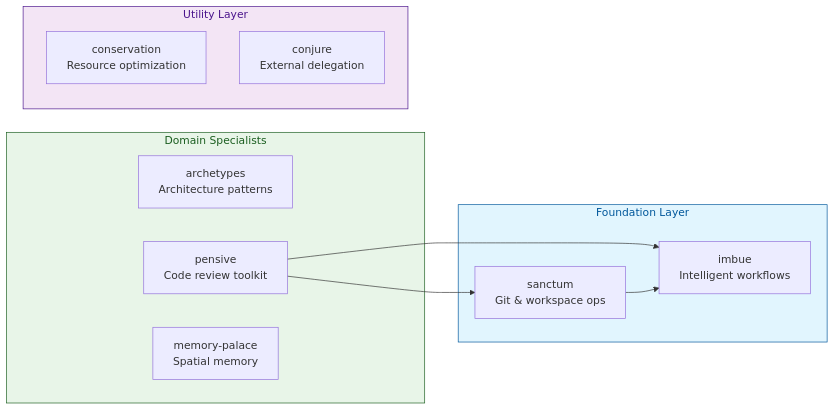
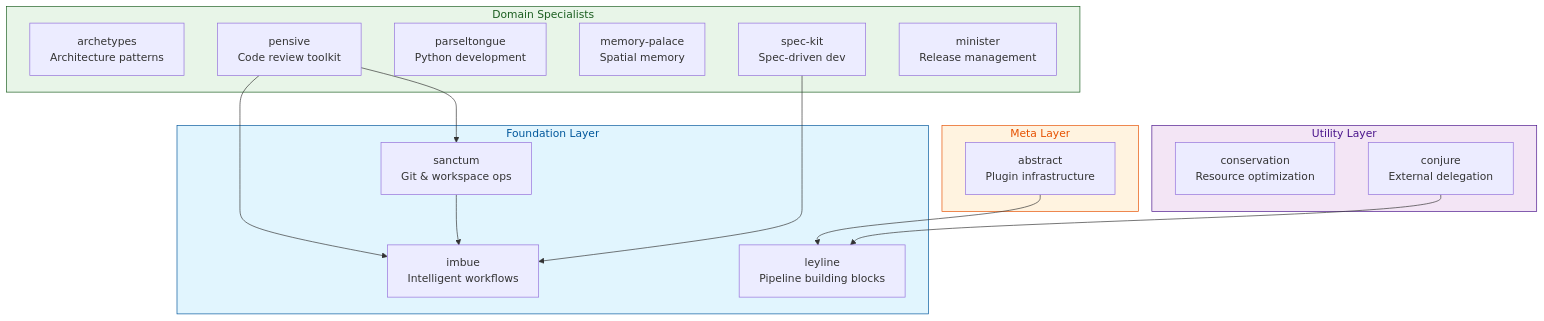
One commit to athola/claude-night-market changed the diagram in README.md. Above: the diagram before and after it, drawn with Mermaid. The commit also changed other lines of this file and 168 other files, not shown here.

````diff
--- a/README.md
+++ b/README.md
@@ -100,26 +153,38 @@
 ```mermaid
-graph LR
-    subgraph Domain[Domain Specialists]
-        archetypes[archetypes<br/>Architecture patterns]
-        pensive[pensive<br/>Code review toolkit]
-        memory_palace[memory-palace<br/>Spatial memory]
+graph TB
+    subgraph Meta[Meta Layer]
+        abstract[abstract<br/>Plugin infrastructure]
     end
 
     subgraph Foundation[Foundation Layer]
         imbue[imbue<br/>Intelligent workflows]
         sanctum[sanctum<br/>Git & workspace ops]
+        leyline[leyline<br/>Pipeline building blocks]
     end
 
     subgraph Utility[Utility Layer]
         conservation[conservation<br/>Resource optimization]
         conjure[conjure<br/>External delegation]
     end
 
+    subgraph Domain[Domain Specialists]
+        archetypes[archetypes<br/>Architecture patterns]
+        pensive[pensive<br/>Code review toolkit]
+        parseltongue[parseltongue<br/>Python development]
+        memory_palace[memory-palace<br/>Spatial memory]
+        spec_kit[spec-kit<br/>Spec-driven dev]
+        minister[minister<br/>Release management]
+    end
+
+    abstract --> leyline
     pensive --> imbue
     pensive --> sanctum
     sanctum --> imbue
+    conjure --> leyline
+    spec_kit --> imbue
 
+    style Meta fill:#fff3e0,stroke:#e65100,color:#e65100
     style Foundation fill:#e1f5fe,stroke:#01579b,color:#01579b
     style Utility fill:#f3e5f5,stroke:#4a148c,color:#4a148c
     style Domain fill:#e8f5e8,stroke:#1b5e20,color:#1b5e20
 ```
````
